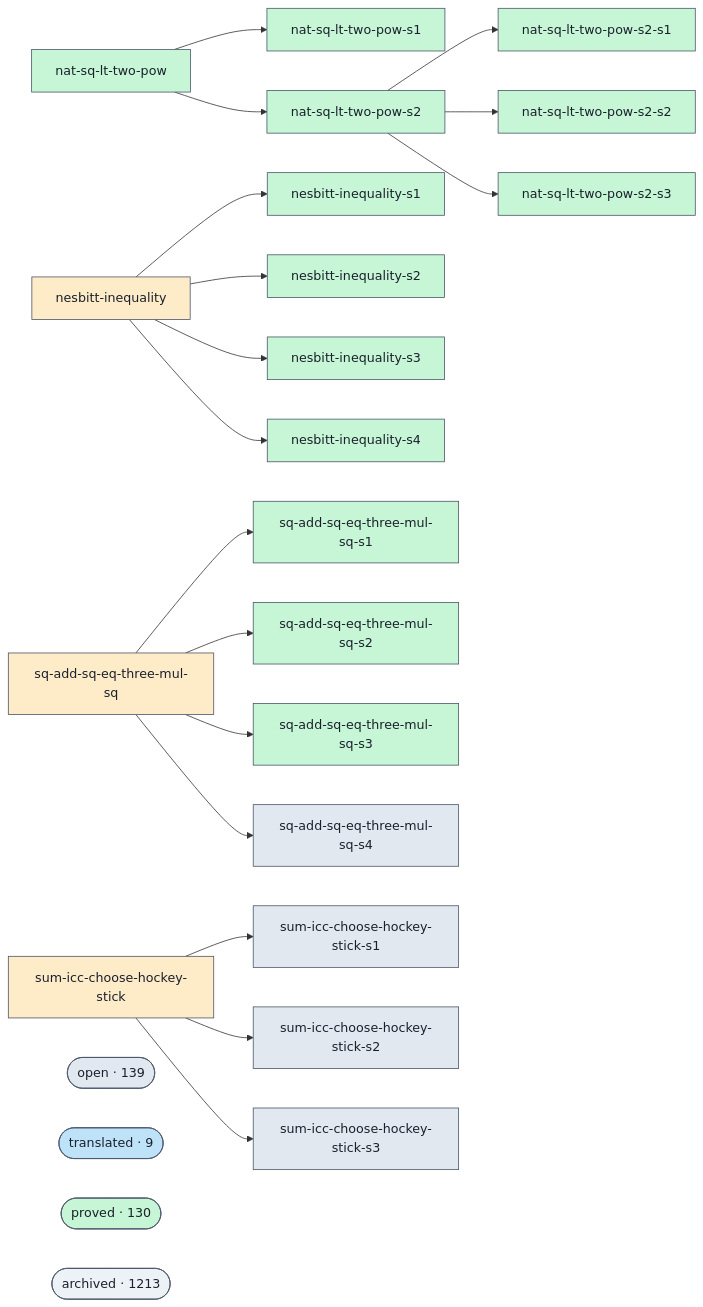
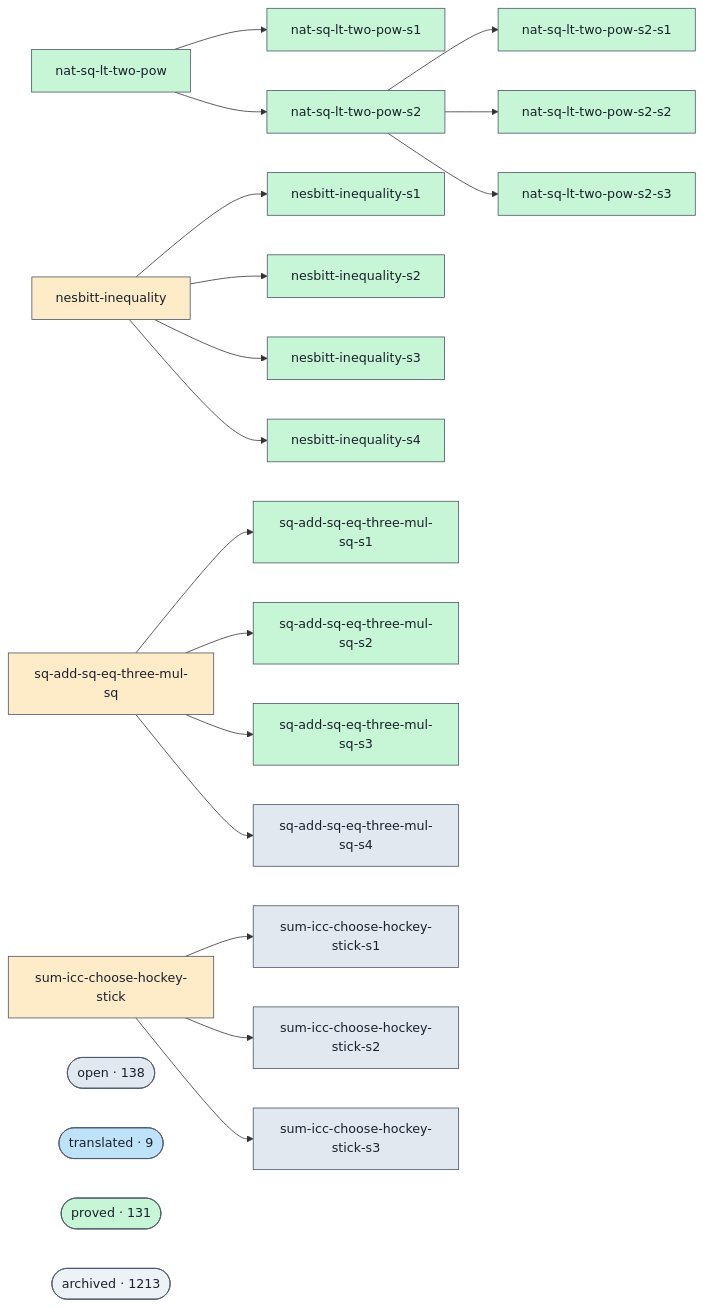
The diagram in docs/proofs-contributors-visualisation.md (ohdearquant/unsorry), drawn with Mermaid before and after one commit. The commit also changed other lines of this file and 2 other files, not shown here.

```diff
--- a/docs/proofs-contributors-visualisation.md
+++ b/docs/proofs-contributors-visualisation.md
@@ -98,11 +98,11 @@
   g_sum_icc_choose_hockey_stick --> g_sum_icc_choose_hockey_stick_s1
   g_sum_icc_choose_hockey_stick --> g_sum_icc_choose_hockey_stick_s2
   g_sum_icc_choose_hockey_stick --> g_sum_icc_choose_hockey_stick_s3
-  cluster_open(["open · 139"])
+  cluster_open(["open · 138"])
   class cluster_open open;
   cluster_translated(["translated · 9"])
   class cluster_translated translated;
-  cluster_proved(["proved · 130"])
+  cluster_proved(["proved · 131"])
   class cluster_proved proved;
   cluster_archived(["archived · 1213"])
   class cluster_archived unknown;
```
